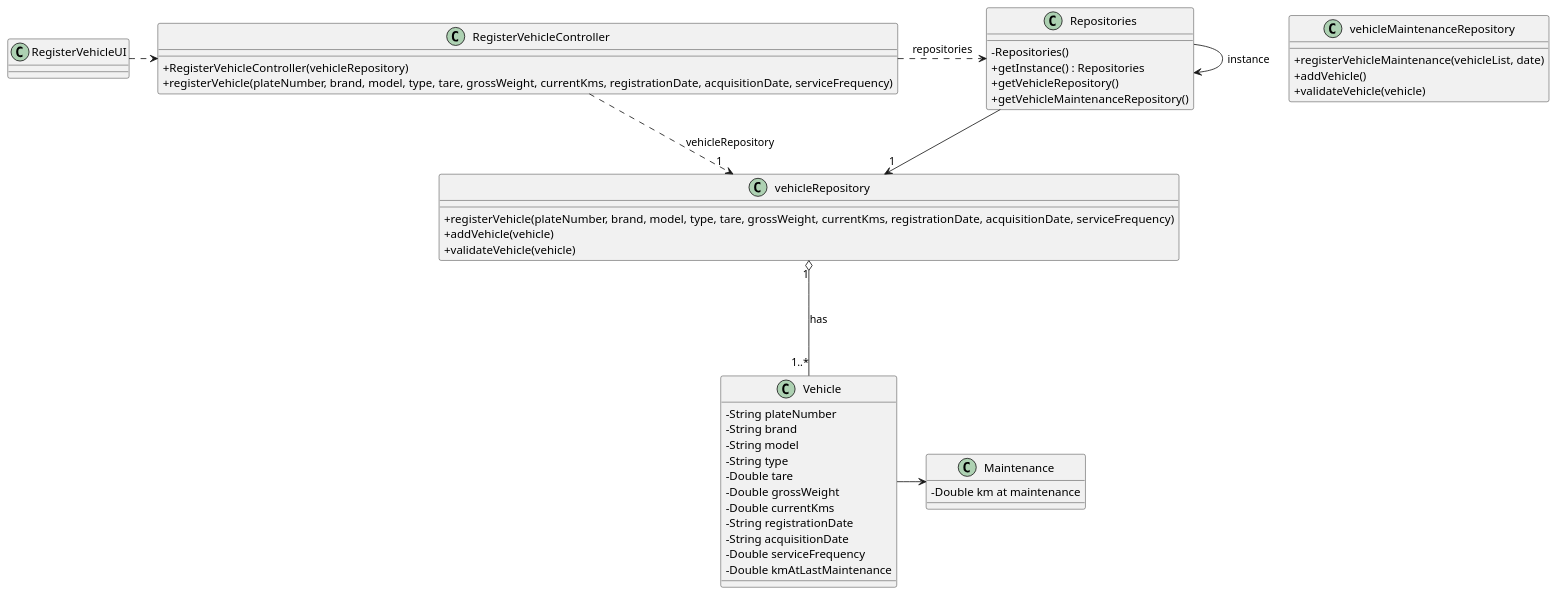
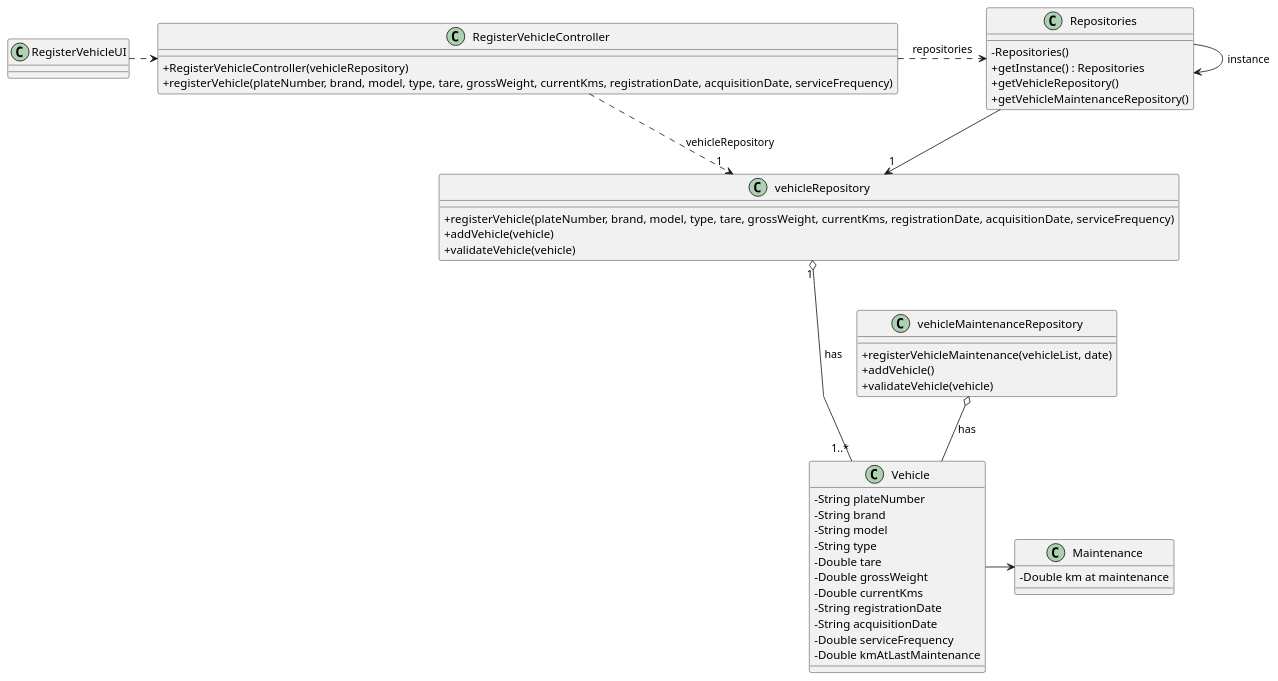
The diagram in docs/sprintB/us007/03.design/puml/us007-class-diagram.puml (diogoveirospro/lei-24-s2-1dg-g072), drawn with PlantUML before and after one commit. The commit also changed 9 other files, not shown here.

Commit message:
Made changes in the US007 design and class diagram

```diff
--- a/docs/sprintB/us007/03.design/puml/us007-class-diagram.puml
+++ b/docs/sprintB/us007/03.design/puml/us007-class-diagram.puml
@@ -1,71 +1,73 @@
 @startuml
 'skinparam monochrome true
 skinparam packageStyle rectangle
 skinparam shadowing false
 skinparam linetype polyline
 'skinparam linetype orto
 
 skinparam classAttributeIconSize 0
 
 'left to right direction
 
 class Repositories {
     - Repositories()
     + getInstance() : Repositories
     + getVehicleRepository()
     + getVehicleMaintenanceRepository()
 }
 
 class RegisterVehicleController {
     + RegisterVehicleController(vehicleRepository)
     + registerVehicle(plateNumber, brand, model, type, tare, grossWeight, currentKms, registrationDate, acquisitionDate, serviceFrequency)
 }
 
 class vehicleMaintenanceRepository{
     + registerVehicleMaintenance(vehicleList, date)
     + addVehicle()
     + validateVehicle(vehicle)
 }
 
 class vehicleRepository{
     + registerVehicle(plateNumber, brand, model, type, tare, grossWeight, currentKms, registrationDate, acquisitionDate, serviceFrequency)
     + addVehicle(vehicle)
     + validateVehicle(vehicle)
 }
 
 class RegisterVehicleUI {
 }
 
 class Vehicle{
     - String plateNumber
     - String brand
     - String model
     - String type
     - Double tare
     - Double grossWeight
     - Double currentKms
     - String registrationDate
     - String acquisitionDate
     - Double serviceFrequency
     - Double kmAtLastMaintenance
 }
 
 class Maintenance{
     - Double km at maintenance
 }
 
 Repositories -> Repositories : instance
 
 RegisterVehicleUI .> RegisterVehicleController
 RegisterVehicleController .> "1" vehicleRepository : vehicleRepository
 
 
 Repositories --> "1" vehicleRepository
 
 RegisterVehicleController .> Repositories : repositories
 
 vehicleRepository "1" o--- "1..*"Vehicle : has
 
+vehicleMaintenanceRepository o-- Vehicle : has
+
 Vehicle -> Maintenance
 
 @enduml
```
